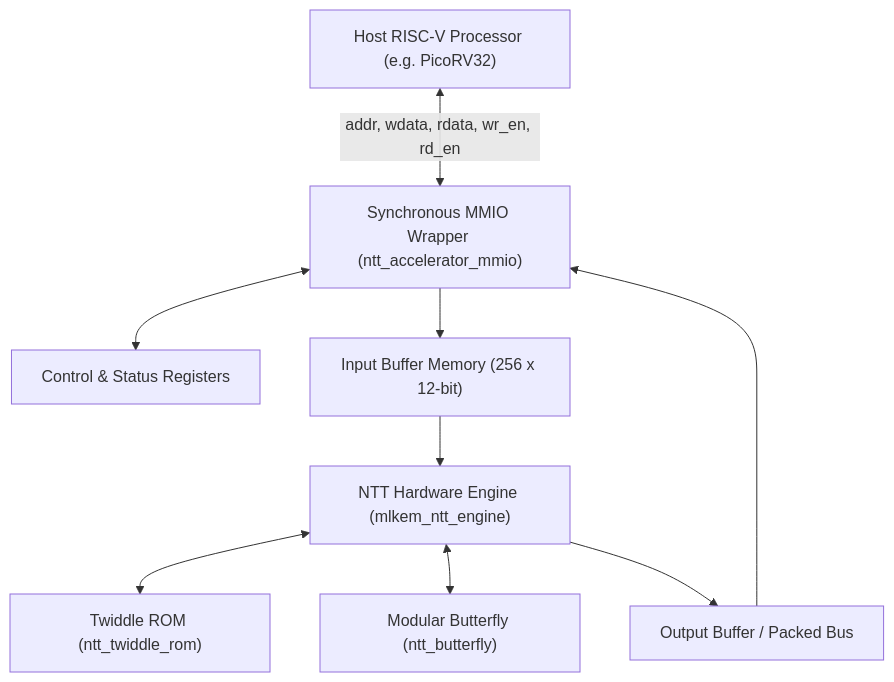
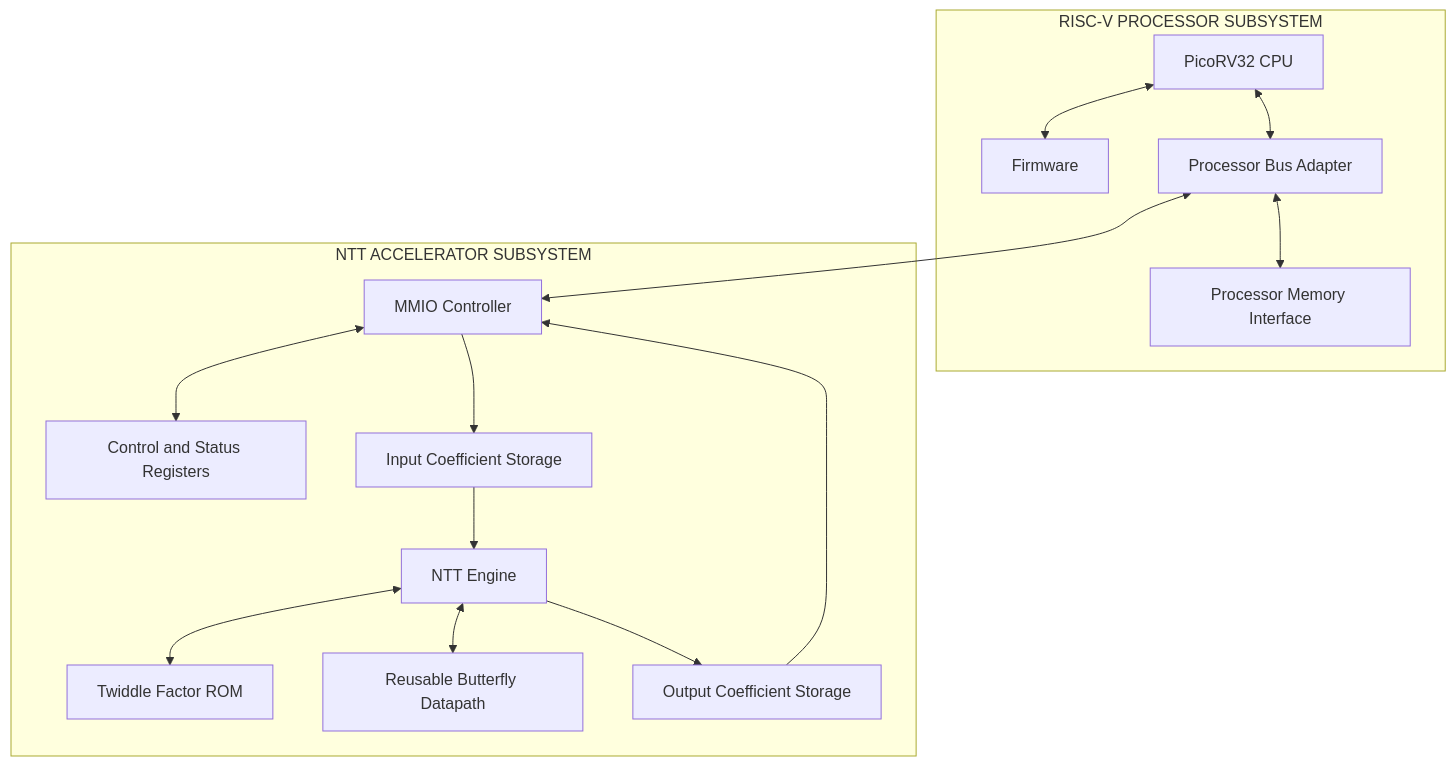
Before and after one commit to Harshima-Joshi15/riscv-ntt-accelerator: the first of 7 diagrams in README.md, drawn with Mermaid. The commit also changed other lines of this file, not shown here.

````diff
--- a/README.md
+++ b/README.md
@@ -33,20 +55,33 @@
 ```mermaid
 flowchart TB
-    CPU["Host RISC-V Processor (e.g. PicoRV32)"]
-    MMIO["Synchronous MMIO Wrapper (ntt_accelerator_mmio)"]
-    CTRL["Control & Status Registers"]
-    INMEM["Input Buffer Memory (256 x 12-bit)"]
-    ENGINE["NTT Hardware Engine (mlkem_ntt_engine)"]
-    ROM["Twiddle ROM (ntt_twiddle_rom)"]
-    BF["Modular Butterfly (ntt_butterfly)"]
-    OUTMEM["Output Buffer / Packed Bus"]
+    subgraph PROCESSOR["RISC-V PROCESSOR SUBSYSTEM"]
+        CPU["PicoRV32 CPU"]
+        FW["Firmware"]
+        BUS["Processor Bus Adapter"]
+        MEM["Processor Memory Interface"]
 
-    CPU <-->|"addr, wdata, rdata, wr_en, rd_en"| MMIO
-    MMIO <--> CTRL
-    MMIO --> INMEM
-    INMEM --> ENGINE
-    ENGINE <--> ROM
-    ENGINE <--> BF
-    ENGINE --> OUTMEM
-    OUTMEM --> MMIO
+        CPU <--> FW
+        CPU <--> BUS
+        BUS <--> MEM
+    end
+
+    subgraph ACCELERATOR["NTT ACCELERATOR SUBSYSTEM"]
+        MMIO["MMIO Controller"]
+        CTRL["Control and Status Registers"]
+        INPUT["Input Coefficient Storage"]
+        ENGINE["NTT Engine"]
+        TWIDDLE["Twiddle Factor ROM"]
+        BUTTERFLY["Reusable Butterfly Datapath"]
+        OUTPUT["Output Coefficient Storage"]
+
+        MMIO <--> CTRL
+        MMIO --> INPUT
+        INPUT --> ENGINE
+        ENGINE <--> TWIDDLE
+        ENGINE <--> BUTTERFLY
+        ENGINE --> OUTPUT
+        OUTPUT --> MMIO
+    end
+
+    BUS <--> MMIO
 ```
````
